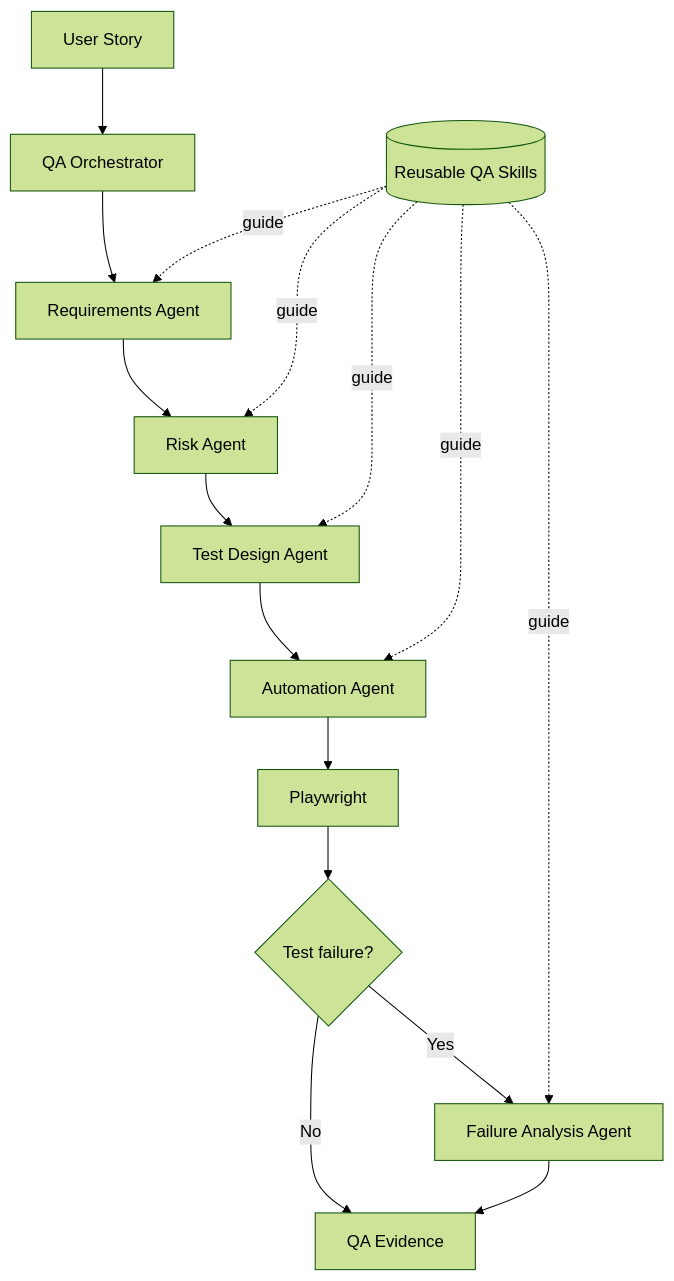
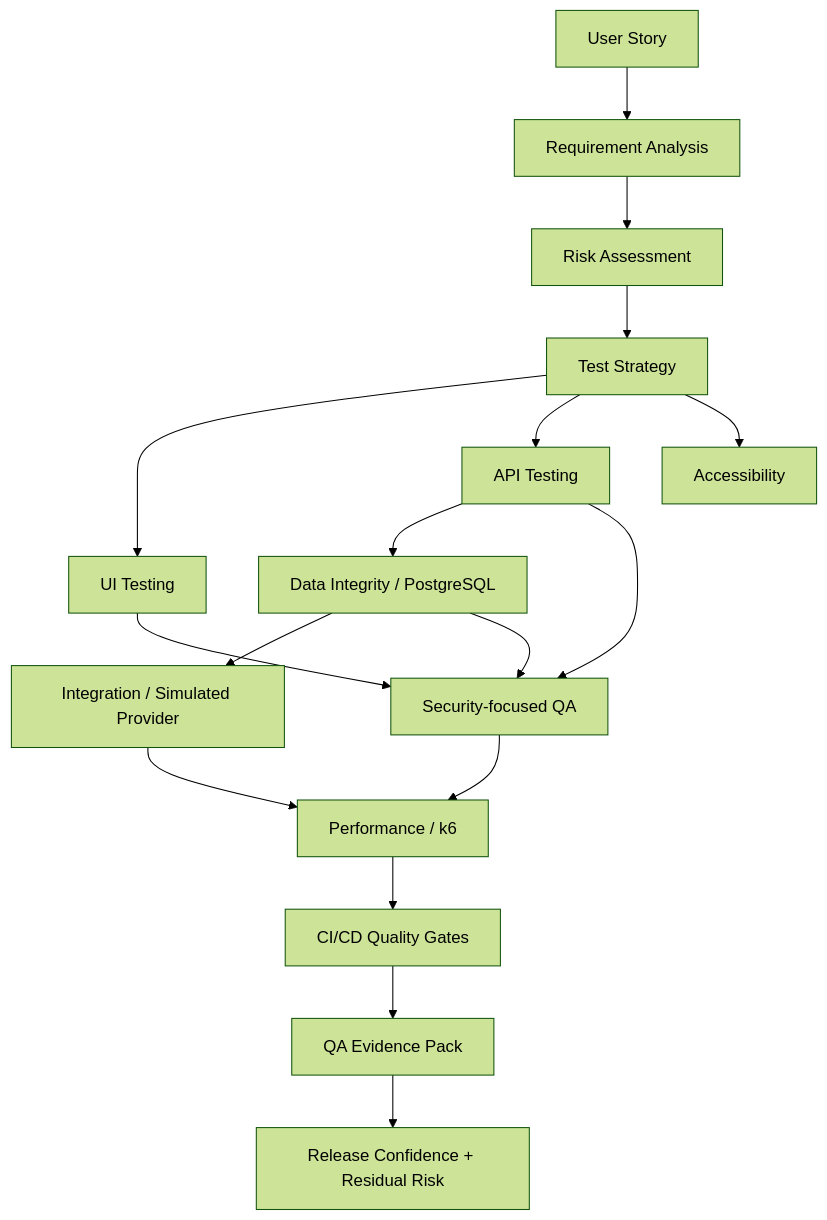
Before and after one commit to imalisani/qa-agents-demo: the first of 3 diagrams in README.md, drawn with Mermaid (forest theme). The commit also changed other lines of this file and 14 other files, not shown here.

````diff
--- a/README.md
+++ b/README.md
@@ -26,19 +31,23 @@
 ```mermaid
 flowchart TD
-    US[User Story] --> ORCH[QA Orchestrator]
-    ORCH --> REQ[Requirements Agent]
-    REQ --> RISK[Risk Agent]
-    RISK --> DESIGN[Test Design Agent]
-    DESIGN --> AUTO[Automation Agent]
-    AUTO --> PW[Playwright]
-    PW --> FAIL{Test failure?}
-    FAIL -- Yes --> INVEST[Failure Analysis Agent]
-    FAIL -- No --> EVIDENCE[QA Evidence]
-    INVEST --> EVIDENCE
+    STORY[User Story] --> REQ[Requirement Analysis]
+    REQ --> RISK[Risk Assessment]
+    RISK --> STRATEGY[Test Strategy]
 
-    SKILLS[(Reusable QA Skills)] -. guide .-> REQ
-    SKILLS -. guide .-> RISK
-    SKILLS -. guide .-> DESIGN
-    SKILLS -. guide .-> AUTO
-    SKILLS -. guide .-> INVEST
+    STRATEGY --> UI[UI Testing]
+    STRATEGY --> API[API Testing]
+    STRATEGY --> A11Y[Accessibility]
+
+    API --> DATA[Data Integrity / PostgreSQL]
+    DATA --> INTEGRATION[Integration / Simulated Provider]
+
+    UI --> SECURITY[Security-focused QA]
+    API --> SECURITY
+    DATA --> SECURITY
+
+    INTEGRATION --> PERF[Performance / k6]
+    SECURITY --> PERF
+    PERF --> CI[CI/CD Quality Gates]
+    CI --> EVIDENCE[QA Evidence Pack]
+    EVIDENCE --> DECISION[Release Confidence + Residual Risk]
 ```
````
